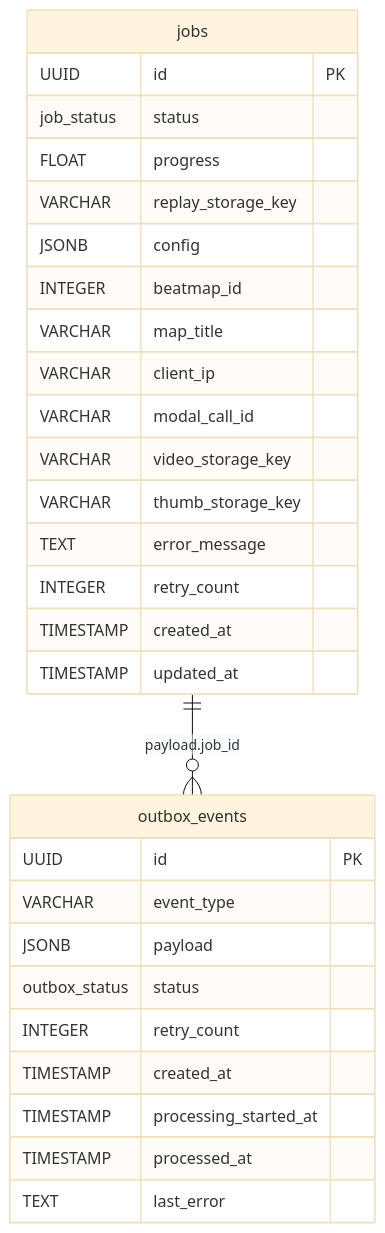
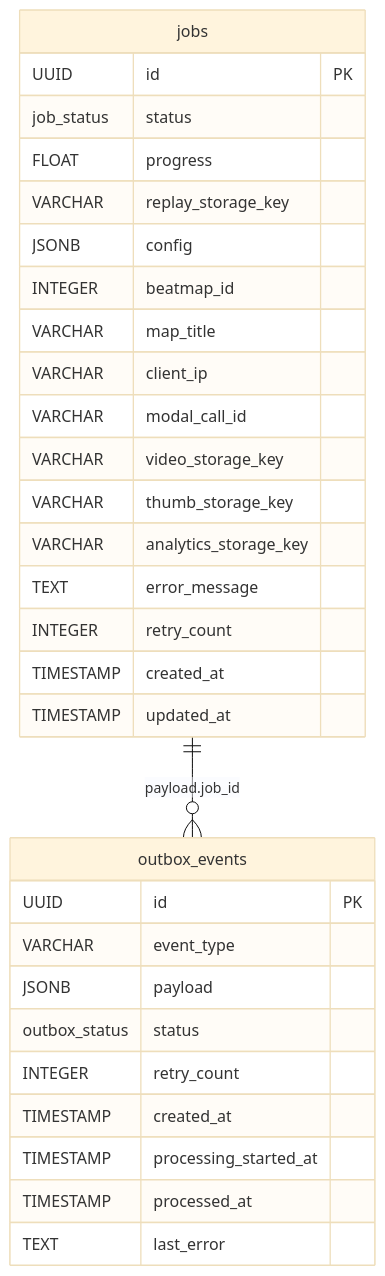
Before and after one commit to Azaken1248/OsuRenderApi: the diagram in docs-site/src/architecture/database-schema.md, drawn with Mermaid (base theme). The commit also changed other lines of this file and 5 other files, not shown here.

````diff
--- a/docs-site/src/architecture/database-schema.md
+++ b/docs-site/src/architecture/database-schema.md
@@ -12,34 +12,35 @@
 ```mermaid
 erDiagram
     jobs {
         UUID id PK
         job_status status
         FLOAT progress
         VARCHAR replay_storage_key
         JSONB config
         INTEGER beatmap_id
         VARCHAR map_title
         VARCHAR client_ip
         VARCHAR modal_call_id
         VARCHAR video_storage_key
         VARCHAR thumb_storage_key
+        VARCHAR analytics_storage_key
         TEXT error_message
         INTEGER retry_count
         TIMESTAMP created_at
         TIMESTAMP updated_at
     }
     
     outbox_events {
         UUID id PK
         VARCHAR event_type
         JSONB payload
         outbox_status status
         INTEGER retry_count
         TIMESTAMP created_at
         TIMESTAMP processing_started_at
         TIMESTAMP processed_at
         TEXT last_error
     }
     
     jobs ||--o{ outbox_events : "payload.job_id"
 ```
````
